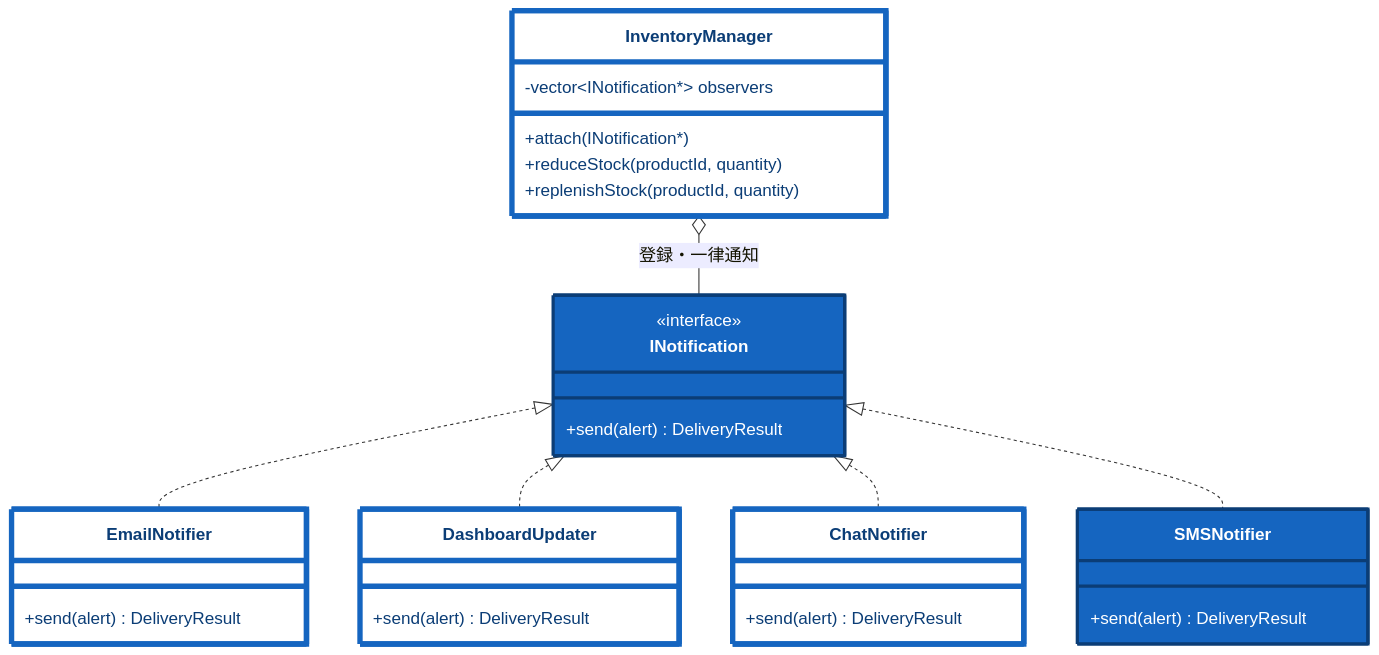
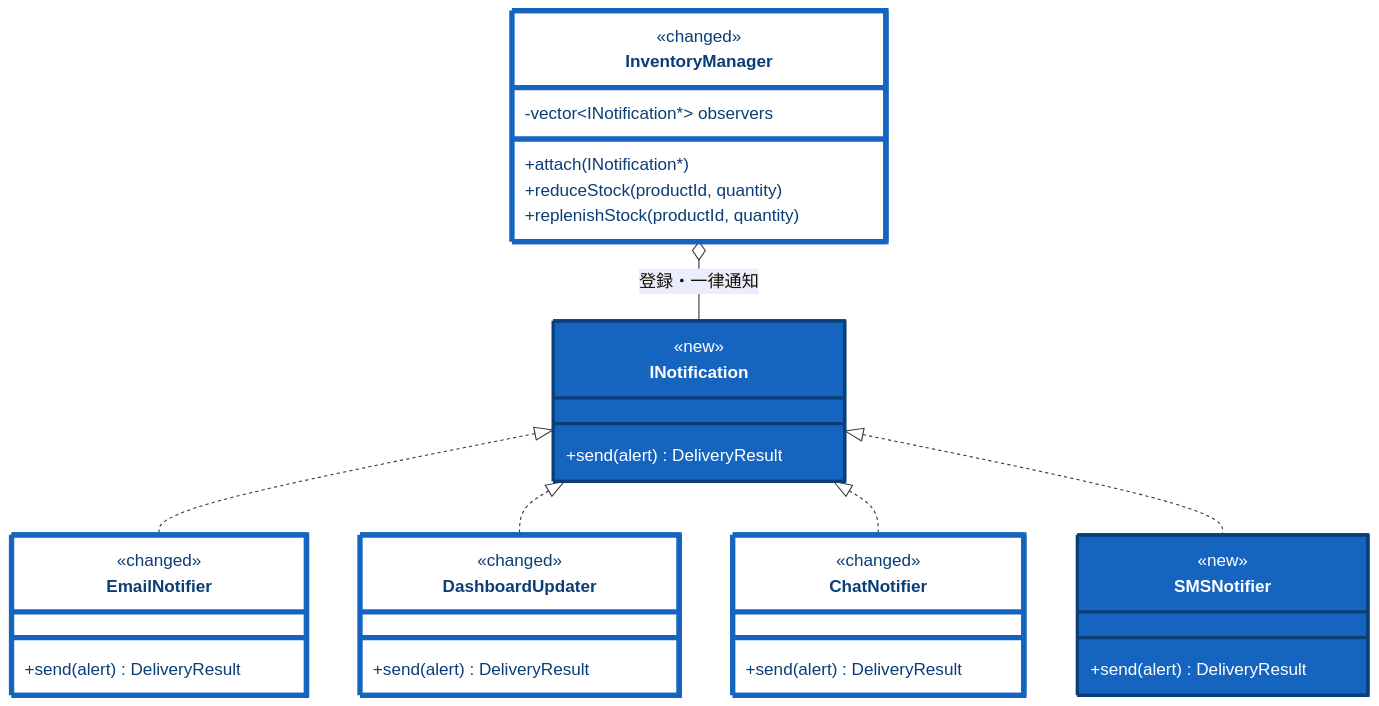
The ninth of 15 diagrams in kindle/design-patterns/books/volume01-core-patterns/output/05-chapter03.md (kumachan1101-pixel/DesignPattern), drawn with Mermaid before and after one commit. The commit also changed other lines of this file and 40 other files, not shown here.

````diff
--- a/kindle/design-patterns/books/volume01-core-patterns/output/05-chapter03.md
+++ b/kindle/design-patterns/books/volume01-core-patterns/output/05-chapter03.md
@@ -2204,26 +2272,40 @@
 ```mermaid
 classDiagram
     direction TB
     class InventoryManager:::touched {
+        <<changed>>
         -vector~INotification*~ observers
         +attach(INotification*)
         +reduceStock(productId, quantity)
         +replenishStock(productId, quantity)
     }
     class INotification:::added {
+        <<new>>
         <<interface>>
         +send(alert) DeliveryResult
     }
-    class EmailNotifier:::touched { +send(alert) DeliveryResult }
-    class DashboardUpdater:::touched { +send(alert) DeliveryResult }
-    class ChatNotifier:::touched { +send(alert) DeliveryResult }
-    class SMSNotifier:::added { +send(alert) DeliveryResult }
+    class EmailNotifier:::touched {
+        <<changed>>
+        +send(alert) DeliveryResult
+    }
+    class DashboardUpdater:::touched {
+        <<changed>>
+        +send(alert) DeliveryResult
+    }
+    class ChatNotifier:::touched {
+        <<changed>>
+        +send(alert) DeliveryResult
+    }
+    class SMSNotifier:::added {
+        <<new>>
+        +send(alert) DeliveryResult
+    }
     InventoryManager o-- INotification : 登録・一律通知
     INotification <|.. EmailNotifier
     INotification <|.. DashboardUpdater
     INotification <|.. ChatNotifier
     INotification <|.. SMSNotifier
 
     classDef added fill:#1565c0,stroke:#0b3d76,stroke-width:3px,color:#ffffff;
     classDef touched fill:#ffffff,stroke:#1565c0,stroke-width:5px,color:#0b3d76;
 ```
````
